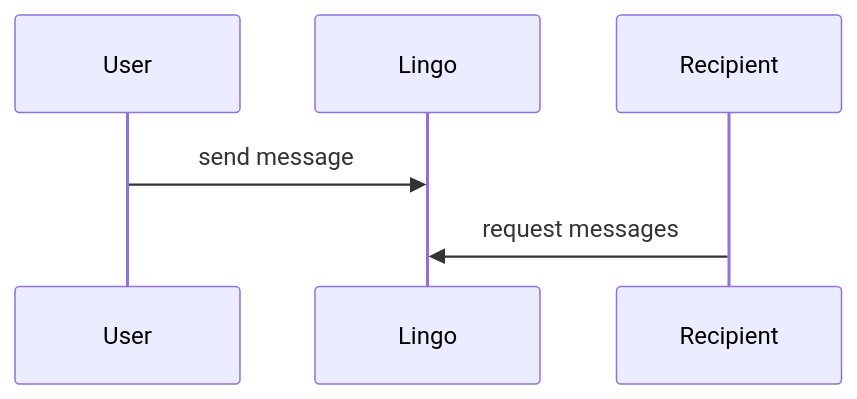
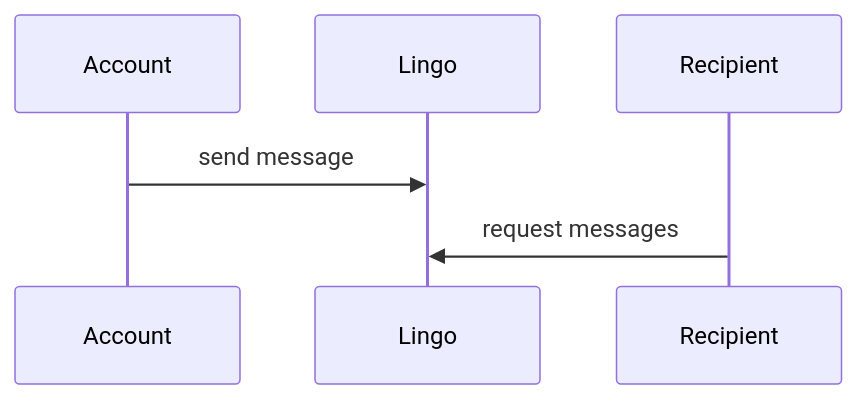
The third of 3 diagrams in README.md (extreme-business/lingo), drawn with Mermaid before and after one commit. The commit also changed other lines of this file and 29 other files, not shown here.

````diff
--- a/README.md
+++ b/README.md
@@ -53,5 +60,5 @@
 ```mermaid
 sequenceDiagram
-    User->>Lingo: send message
+    Account->>Lingo: send message
     Recipient->>Lingo: request messages
 ```
````
